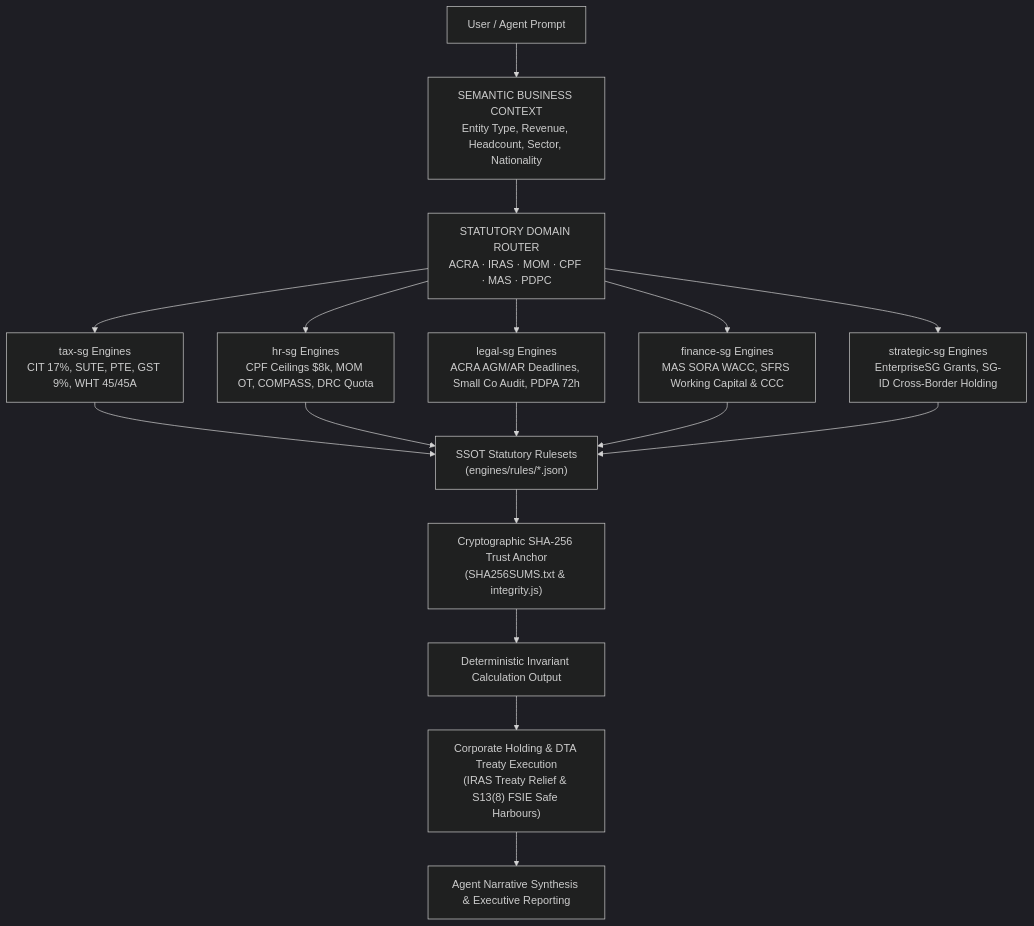
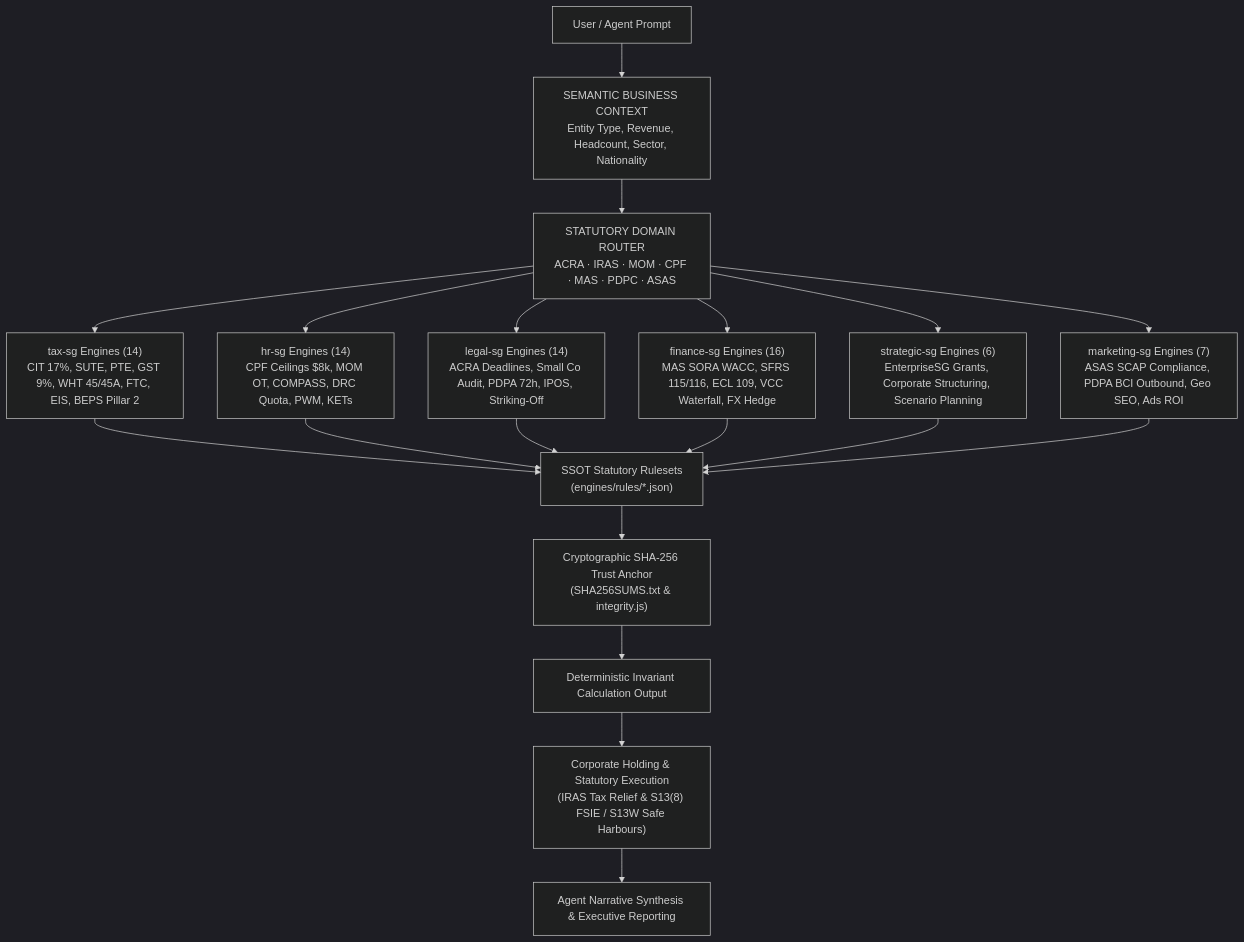
Before and after one commit to adamriofc/singapore-business-agent-skills: the diagram in README.md, drawn with Mermaid (dark theme). The commit also changed other lines of this file and 160 other files, not shown here.

````diff
--- a/README.md
+++ b/README.md
@@ -84,26 +84,28 @@
 ```mermaid
 flowchart TD
     User["User / Agent Prompt"] --> SemanticContext["SEMANTIC BUSINESS CONTEXT<br/>Entity Type, Revenue, Headcount, Sector, Nationality"]
     
-    SemanticContext --> Router["STATUTORY DOMAIN ROUTER<br/>ACRA · IRAS · MOM · CPF · MAS · PDPC"]
+    SemanticContext --> Router["STATUTORY DOMAIN ROUTER<br/>ACRA · IRAS · MOM · CPF · MAS · PDPC · ASAS"]
     
-    Router --> TaxDomain["tax-sg Engines<br/>CIT 17%, SUTE, PTE, GST 9%, WHT 45/45A"]
-    Router --> HrDomain["hr-sg Engines<br/>CPF Ceilings $8k, MOM OT, COMPASS, DRC Quota"]
-    Router --> LegalDomain["legal-sg Engines<br/>ACRA AGM/AR Deadlines, Small Co Audit, PDPA 72h"]
-    Router --> FinanceDomain["finance-sg Engines<br/>MAS SORA WACC, SFRS Working Capital &amp; CCC"]
-    Router --> StrategicDomain["strategic-sg Engines<br/>EnterpriseSG Grants, SG-ID Cross-Border Holding"]
+    Router --> TaxDomain["tax-sg Engines (14)<br/>CIT 17%, SUTE, PTE, GST 9%, WHT 45/45A, FTC, EIS, BEPS Pillar 2"]
+    Router --> HrDomain["hr-sg Engines (14)<br/>CPF Ceilings $8k, MOM OT, COMPASS, DRC Quota, PWM, KETs"]
+    Router --> LegalDomain["legal-sg Engines (14)<br/>ACRA Deadlines, Small Co Audit, PDPA 72h, IPOS, Striking-Off"]
+    Router --> FinanceDomain["finance-sg Engines (16)<br/>MAS SORA WACC, SFRS 115/116, ECL 109, VCC Waterfall, FX Hedge"]
+    Router --> StrategicDomain["strategic-sg Engines (6)<br/>EnterpriseSG Grants, Corporate Structuring, Scenario Planning"]
+    Router --> MarketingDomain["marketing-sg Engines (7)<br/>ASAS SCAP Compliance, PDPA BCI Outbound, Geo SEO, Ads ROI"]
     
     TaxDomain --> Rulesets["SSOT Statutory Rulesets<br/>(engines/rules/*.json)"]
     HrDomain --> Rulesets
     LegalDomain --> Rulesets
     FinanceDomain --> Rulesets
     StrategicDomain --> Rulesets
+    MarketingDomain --> Rulesets
     
     Rulesets --> Integrity["Cryptographic SHA-256 Trust Anchor<br/>(SHA256SUMS.txt &amp; integrity.js)"]
     
     Integrity --> ValidatedMath["Deterministic Invariant Calculation Output"]
     
-    ValidatedMath --> HoldingGovernance["Corporate Holding & DTA Treaty Execution<br/>(IRAS Treaty Relief & S13(8) FSIE Safe Harbours)"]
+    ValidatedMath --> HoldingGovernance["Corporate Holding & Statutory Execution<br/>(IRAS Tax Relief & S13(8) FSIE / S13W Safe Harbours)"]
     
     HoldingGovernance --> Synthesis["Agent Narrative Synthesis &amp; Executive Reporting"]
 ```
````
